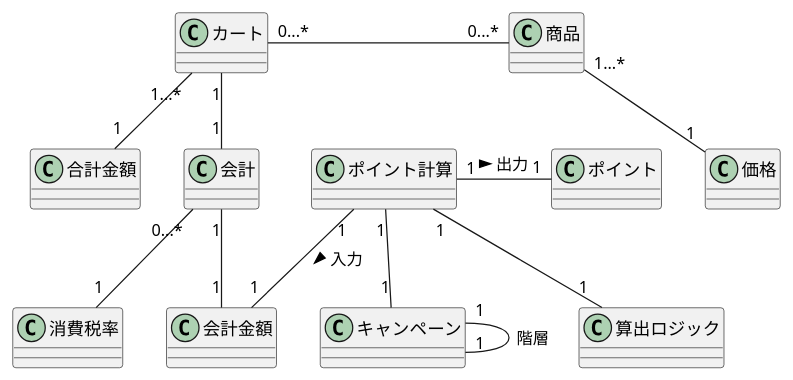
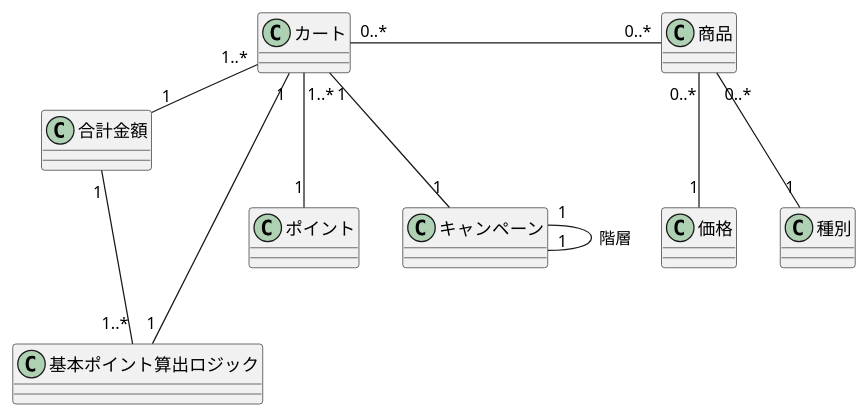
One commit to sasachichito/ddd-demo changed the diagram in modeling/conceptual/domainmodel.puml. Above: the diagram before and after it, drawn with PlantUML. The commit also changed 4 other files, not shown here.

```diff
--- a/modeling/conceptual/domainmodel.puml
+++ b/modeling/conceptual/domainmodel.puml
@@ -1,26 +1,13 @@
 @startuml
 
-class カート
-class 商品
-class 価格
-class 合計金額
-class 会計
-class 消費税率
-class 会計金額
-class ポイント計算
-class ポイント
-class キャンペーン
-
-商品 "1...*" -- "1" 価格
-カート "0...*" - "0...*" 商品
-カート "1...*" -- "1" 合計金額
-カート "1" -- "1" 会計
-会計 "0...*" -- "1" 消費税率
-会計 "1" -- "1" 会計金額
-ポイント計算 "1" -- "1" 算出ロジック
-ポイント計算 "1" -- "1" 会計金額 : 入力 >
-ポイント計算 "1" - "1" ポイント : 出力 >
-ポイント計算 "1" -- "1" キャンペーン
+商品 "0..*" -- "1" 価格
+商品 "0..*" -- "1" 種別
+カート "0..*" - "0..*" 商品
+カート "1" --- "1" 基本ポイント算出ロジック
+カート "1..*" - "1" 合計金額
+カート "1..*" -- "1" ポイント
+カート "1" -- "1" キャンペーン
 キャンペーン "1" -- "1" キャンペーン : 階層
+基本ポイント算出ロジック "1..*" -l "1" 合計金額
 
 @enduml
```
